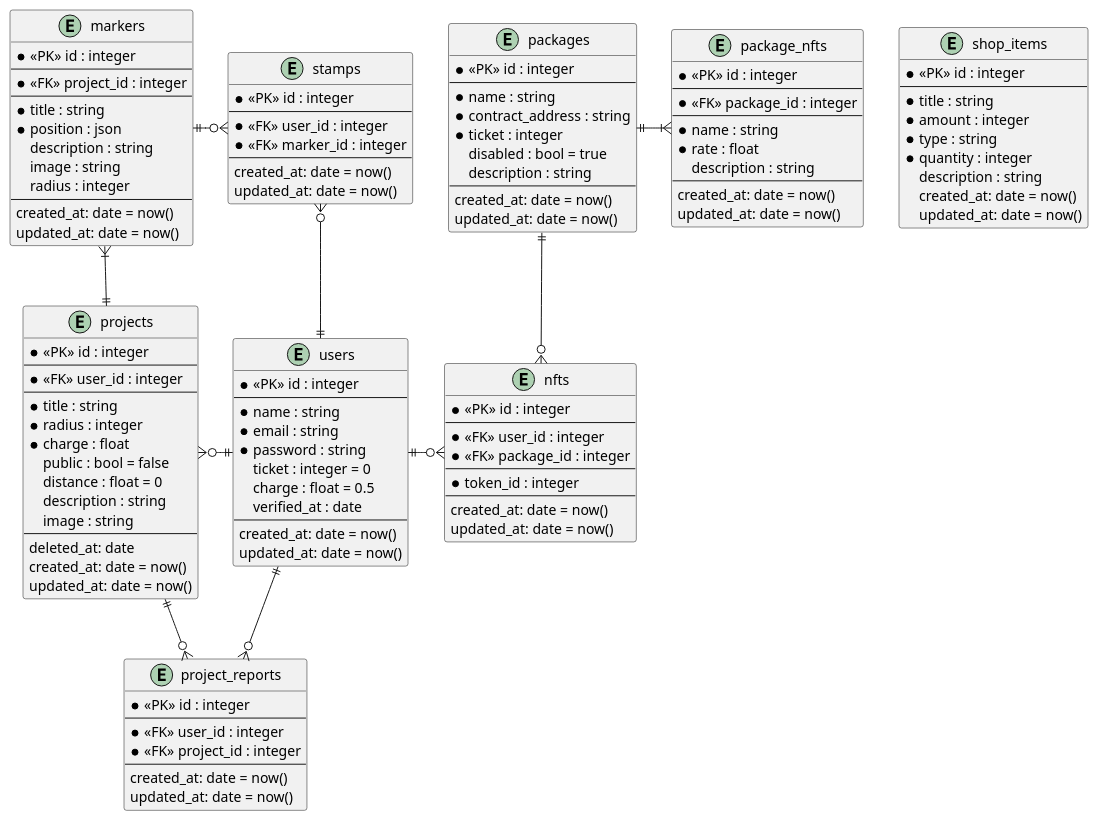
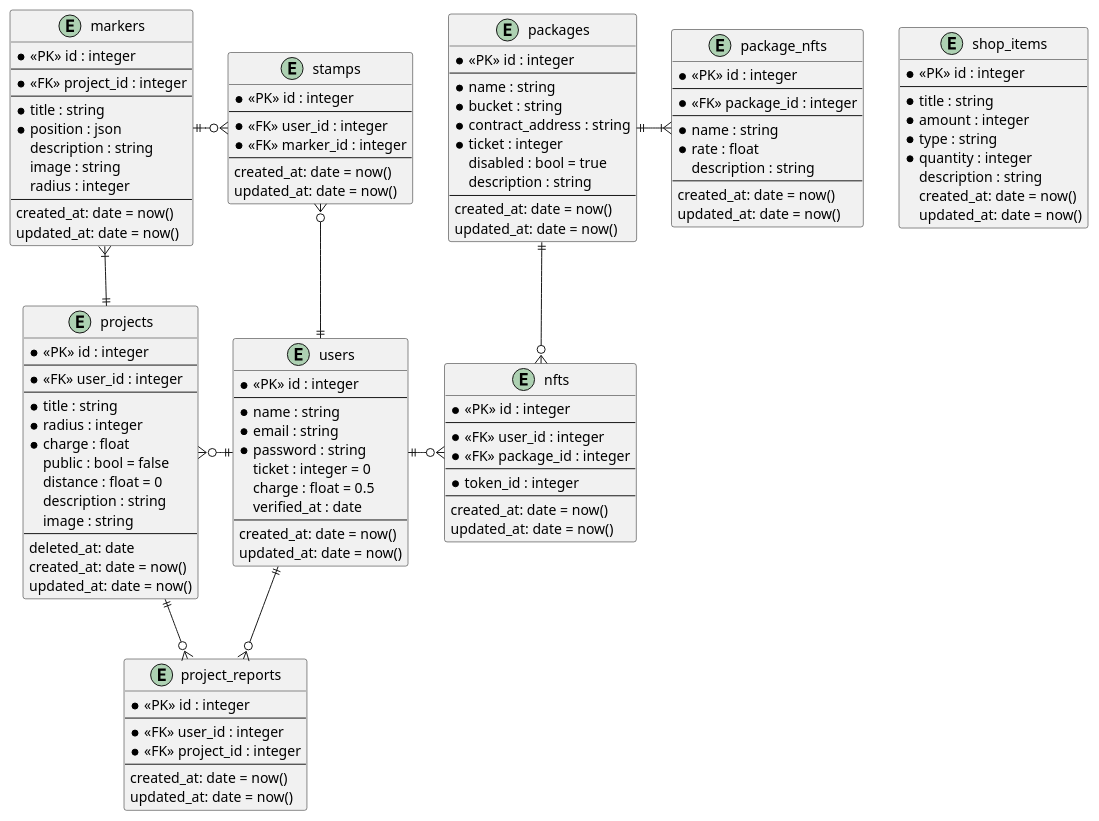
The diagram in docs/db.er.pu (flatten-js/Workker), drawn with PlantUML before and after one commit. The commit also changed 18 other files, not shown here.

```diff
--- a/docs/db.er.pu
+++ b/docs/db.er.pu
@@ -1,128 +1,129 @@
 @startuml
 entity projects {
   * <<PK>> id : integer
   --
   * <<FK>> user_id : integer
   --
   * title : string
   * radius : integer
   * charge : float
   public : bool = false
   distance : float = 0
   description : string
   image : string
   --
   deleted_at: date
   created_at: date = now()
   updated_at: date = now()
 }
 
 entity markers {
   * <<PK>> id : integer
   --
   * <<FK>> project_id : integer
   --
   * title : string
   * position : json
   description : string
   image : string
   radius : integer
   --
   created_at: date = now()
   updated_at: date = now()
 }
 
 entity stamps {
   * <<PK>> id : integer
   --
   * <<FK>> user_id : integer
   * <<FK>> marker_id : integer
   --
   created_at: date = now()
   updated_at: date = now()
 }
 
 entity users {
   * <<PK>> id : integer
   --
   * name : string
   * email : string
   * password : string
   ticket : integer = 0
   charge : float = 0.5
   verified_at : date
   --
   created_at: date = now()
   updated_at: date = now()
 }
 
 entity nfts {
   * <<PK>> id : integer
   --
   * <<FK>> user_id : integer
   * <<FK>> package_id : integer
   --
   * token_id : integer
   --
   created_at: date = now()
   updated_at: date = now()
 }
 
 entity packages {
   * <<PK>> id : integer
   --
   * name : string
+  * bucket : string
   * contract_address : string
   * ticket : integer
   disabled : bool = true
   description : string
   --
   created_at: date = now()
   updated_at: date = now()
 }
 
 entity package_nfts {
   * <<PK>> id : integer
   --
   * <<FK>> package_id : integer
   --
   * name : string
   * rate : float
   description : string
   --
   created_at: date = now()
   updated_at: date = now()
 }
 
 entity project_reports {
   * <<PK>> id : integer
   --
   * <<FK>> user_id : integer
   * <<FK>> project_id : integer
   --
   created_at: date = now()
   updated_at: date = now()
 }
 
 entity shop_items {
   * <<PK>> id : integer
   --
   * title : string
   * amount : integer
   * type : string
   * quantity : integer
   description : string
   created_at: date = now()
   updated_at: date = now()
 }
 
 projects ||-u-|{ markers
 markers ||-o{ stamps
 projects ||-o{ project_reports
 projects }o-|| users
 users ||-u-o{ stamps
 users ||-d-o{ project_reports
 users ||-o{ nfts
 packages ||-d-o{ nfts
 packages ||-|{ package_nfts
 @enduml
```
